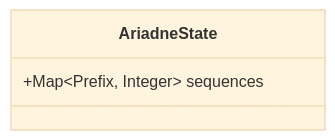
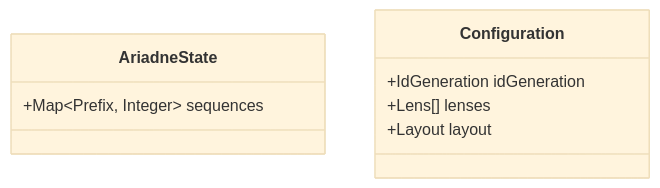
The diagram in docs/spec/domain-model.md (ariadne-systems/clew), drawn with Mermaid (base theme) before and after one commit. The commit also changed other lines of this file and 7 other files, not shown here.

````diff
--- a/docs/spec/domain-model.md
+++ b/docs/spec/domain-model.md
@@ -26,6 +51,11 @@
 ```mermaid
 classDiagram
     class AriadneState {
         +Map~Prefix, Integer~ sequences
     }
+    class Configuration {
+        +IdGeneration idGeneration
+        +Lens[] lenses
+        +Layout layout
+    }
 ```
````
